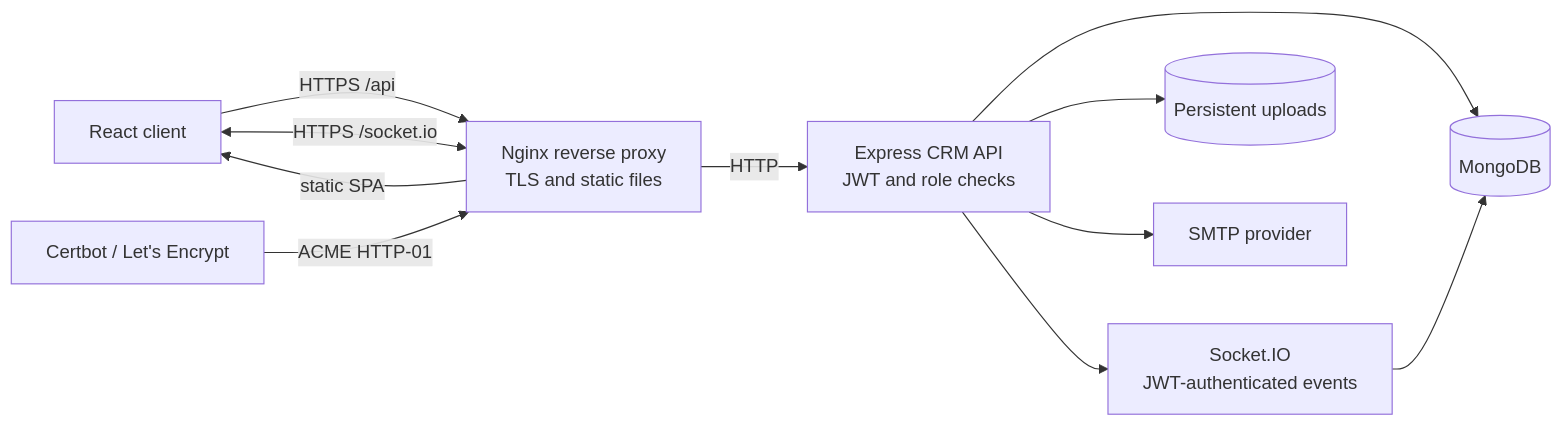
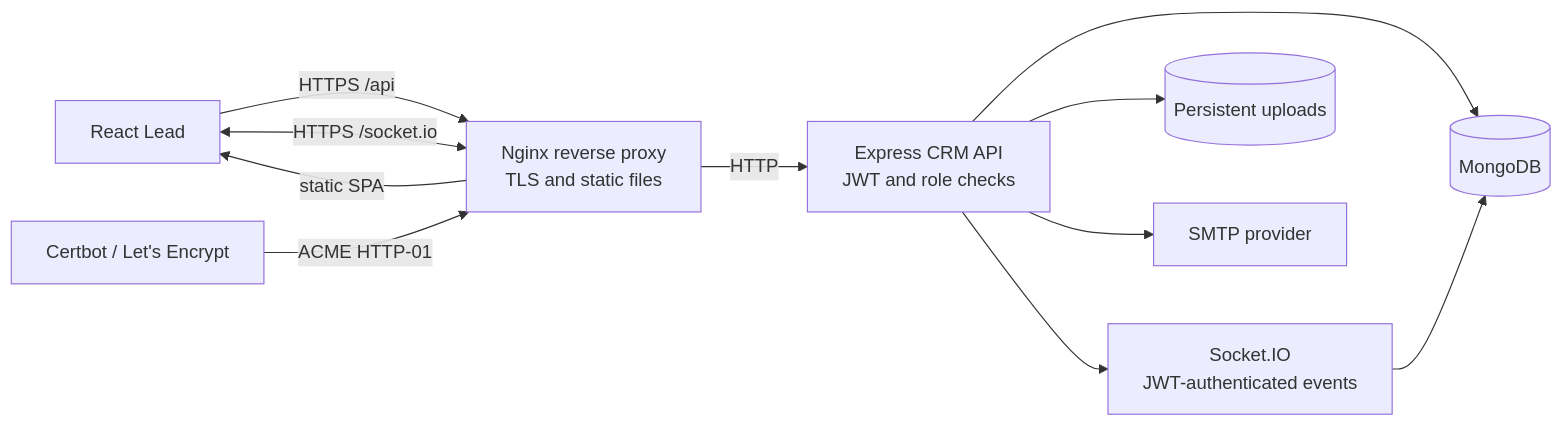
Before and after one commit to amitkumar80050/construction-crm: the diagram in docs/Architecture_Diagram.md, drawn with Mermaid. The commit also changed 164 other files, not shown here.

````diff
--- a/docs/Architecture_Diagram.md
+++ b/docs/Architecture_Diagram.md
@@ -1,22 +1,22 @@
 ```mermaid
 flowchart LR
-	Browser[React client]
+	Browser[React Lead]
 	Proxy[Nginx reverse proxy\nTLS and static files]
 	API[Express CRM API\nJWT and role checks]
 	Socket[Socket.IO\nJWT-authenticated events]
 	Mongo[(MongoDB)]
 	Uploads[(Persistent uploads)]
 	Mail[SMTP provider]
 	Certbot[Certbot / Let's Encrypt]
 
 	Browser -->|HTTPS /api| Proxy
 	Browser <-->|HTTPS /socket.io| Proxy
 	Proxy -->|HTTP| API
 	Proxy -->|static SPA| Browser
 	API --> Mongo
 	API --> Uploads
 	API --> Mail
 	API --> Socket
 	Socket --> Mongo
 	Certbot -->|ACME HTTP-01| Proxy
 ```
````
